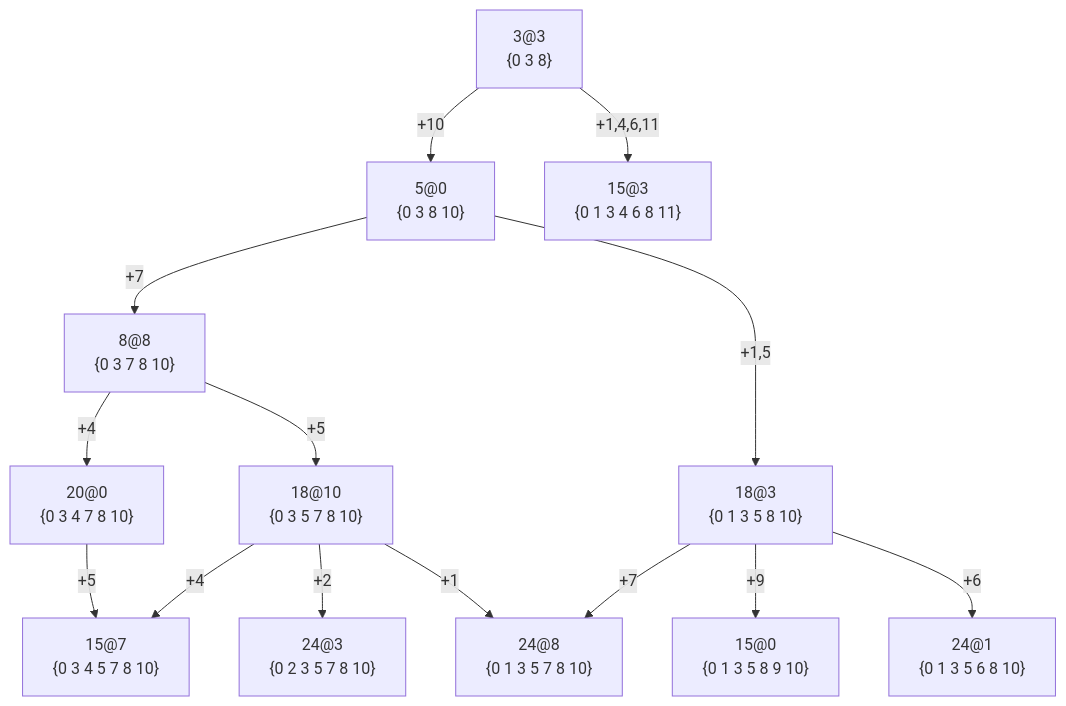
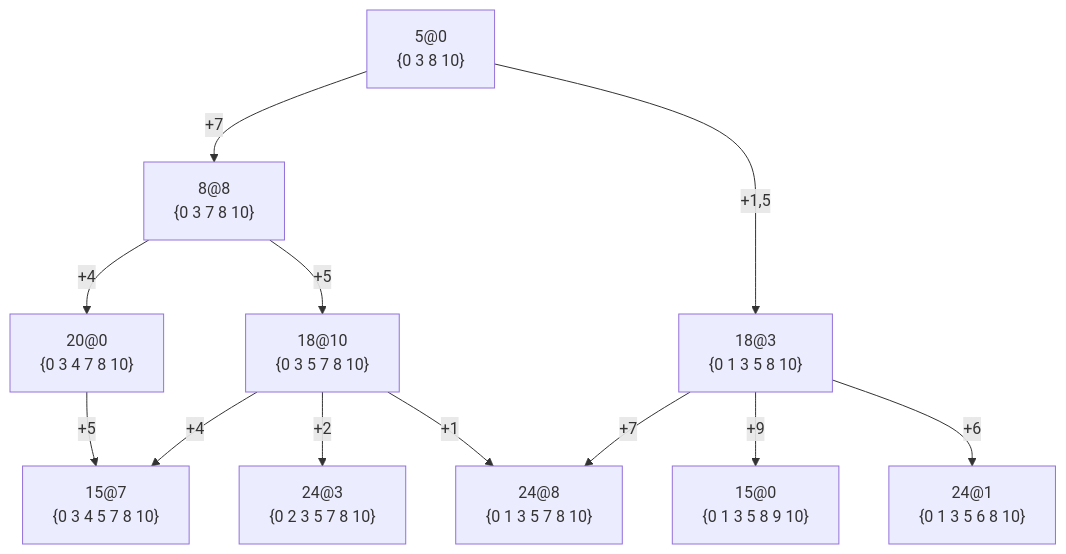
One commit to jkvastad/Melodroid-3 changed the third of 3 diagrams in website/docs/music/voicings-and-placements.mdx. Above: the diagram before and after it, drawn with Mermaid. The commit also changed other lines of this file, not shown here.

Commit message:
clarified graphs

````diff
--- a/website/docs/music/voicings-and-placements.mdx
+++ b/website/docs/music/voicings-and-placements.mdx
@@ -124,29 +124,25 @@
 ```mermaid
-flowchart TD
-    X33["3@3<br/>{0 3 8}"]
-    O5["5@0<br/>{0 3 8 10}"]
-    O15["15@3<br/>{0 1 3 4 6 8 11}"]
+flowchart TD    
+    O5["5@0<br/>{0 3 8 10}"]  
     E8["8@8<br/>{0 3 7 8 10}"]
     O20["20@0<br/>{0 3 4 7 8 10}"]
     A18["18@3<br/>{0 1 3 5 8 10}"]
     B18["18@10<br/>{0 3 5 7 8 10}"]
     A15["15@0<br/>{0 1 3 5 8 9 10}"]
     B15["15@7<br/>{0 3 4 5 7 8 10}"]
     A24["24@1<br/>{0 1 3 5 6 8 10}"]
     B24["24@3<br/>{0 2 3 5 7 8 10}"]
     C24["24@8<br/>{0 1 3 5 7 8 10}"]
-
-    X33 -- "+10" --> O5
-    X33 -- "+1,4,6,11" --> O15
+    
     O5 -- "+7" --> E8
     O5 -- "+1,5" --> A18
     E8 -- "+5" --> B18
     E8 -- "+4" --> O20
     O20 -- "+5" --> B15
     A18 -- "+9" --> A15
     A18 -- "+6" --> A24
     B18 -- "+4" --> B15
     B18 -- "+2" --> B24
     B18 -- "+1" --> C24
     A18 -- "+7" --> C24
 ```
````
